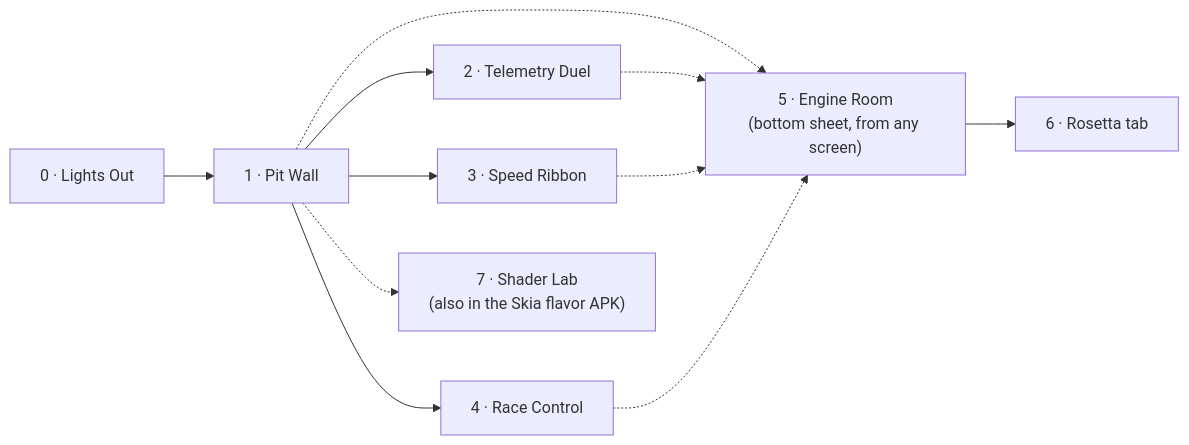
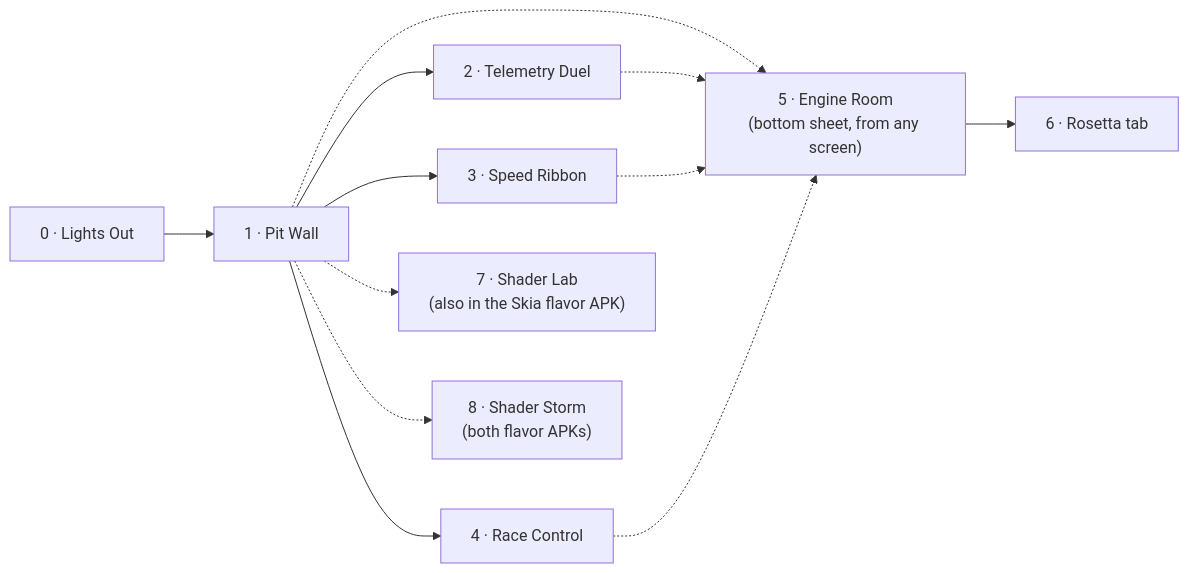
One commit to cm-collins/fluttercon-demo-app changed the first of 2 diagrams in docs/design/screens.md. Above: the diagram before and after it, drawn with Mermaid. The commit also changed other lines of this file and 9 other files, not shown here.

First line of the commit message:
📝 docs(talk): record what Shader Storm actually measured

````diff
--- a/docs/design/screens.md
+++ b/docs/design/screens.md
@@ -8,13 +8,14 @@
 ```mermaid
 flowchart LR
     lights["0 · Lights Out"] --> pitwall["1 · Pit Wall"]
     pitwall --> duel["2 · Telemetry Duel"]
     pitwall --> ribbon["3 · Speed Ribbon"]
     pitwall --> control["4 · Race Control"]
     pitwall -.-> room["5 · Engine Room<br/>(bottom sheet, from any screen)"]
     duel -.-> room
     ribbon -.-> room
     control -.-> room
     room --> rosetta["6 · Rosetta tab"]
     pitwall -.-> lab["7 · Shader Lab<br/>(also in the Skia flavor APK)"]
+    pitwall -.-> storm["8 · Shader Storm<br/>(both flavor APKs)"]
 ```
````
